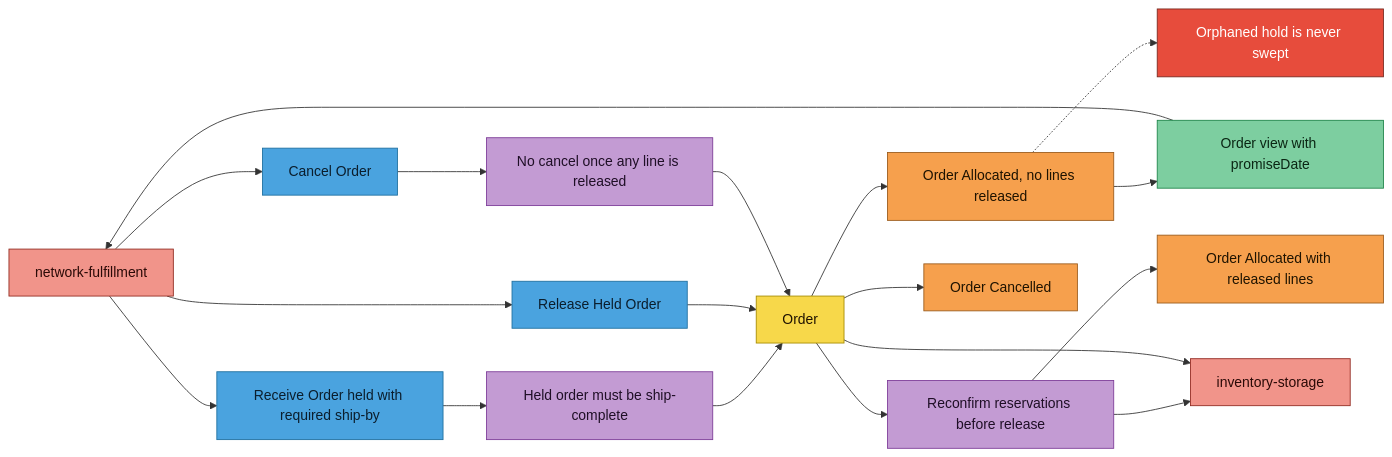
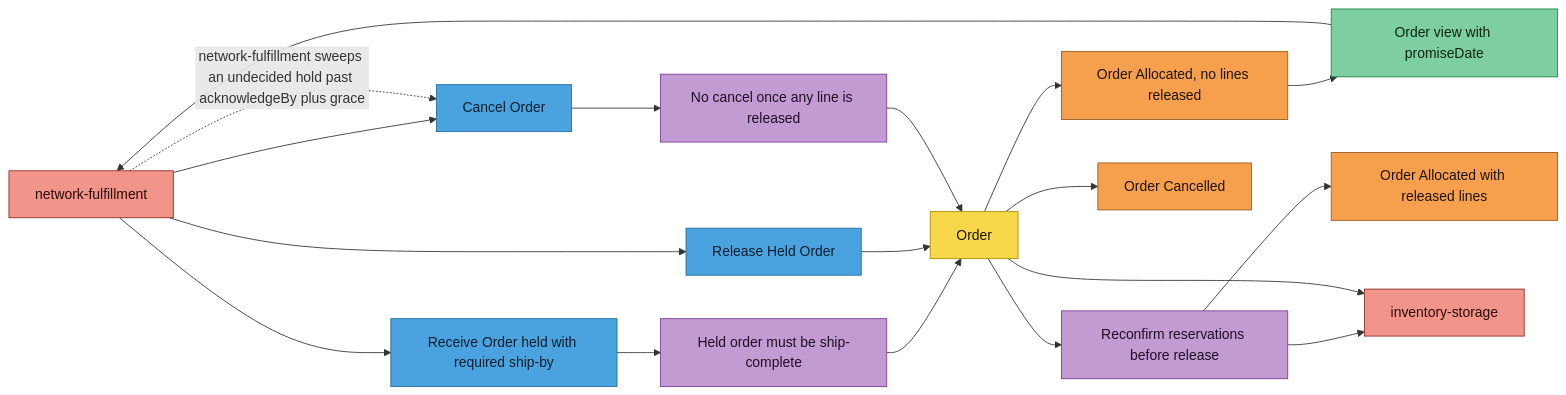
The third of 4 diagrams in docs/docs/ddd/eventstorming.md (IQVO/order-management), drawn with Mermaid before and after one commit. The commit also changed other lines of this file and 9 other files, not shown here.

Commit message:
docs(order-management): name the OrderRepromised and SiteSkuDemandChanged consumers and the orphaned-hold sweep owner

````diff
--- a/docs/docs/ddd/eventstorming.md
+++ b/docs/docs/ddd/eventstorming.md
@@ -125,36 +125,35 @@
 ```mermaid
 flowchart LR
   NF["network-fulfillment"]:::external
   ROH["Receive Order held with required ship-by"]:::command
   O2["Order"]:::aggregate
   P3["Held order must be ship-complete"]:::policy
   E7["Order Allocated, no lines released"]:::event
   RV["Order view with promiseDate"]:::readmodel
   RH["Release Held Order"]:::command
   P4["Reconfirm reservations before release"]:::policy
   E8["Order Allocated with released lines"]:::event
   CO["Cancel Order"]:::command
   P5["No cancel once any line is released"]:::policy
   INV2["inventory-storage"]:::external
   E9["Order Cancelled"]:::event
-  H3["Orphaned hold is never swept"]:::hotspot
 
   NF --> ROH --> P3 --> O2
   O2 --> E7 --> RV --> NF
   NF --> RH --> O2
   O2 --> P4 --> INV2
   P4 --> E8
   NF --> CO --> P5 --> O2
   O2 --> INV2
   O2 --> E9
-  E7 -.-> H3
+  NF -. "network-fulfillment sweeps an undecided hold past acknowledgeBy plus grace" .-> CO
 
   classDef actor fill:#fff59d,stroke:#b59f00,color:#1f1300,font-size:11px;
   classDef command fill:#4aa3df,stroke:#1f6f9f,color:#0b1e2d;
   classDef aggregate fill:#f7d84a,stroke:#a68b00,color:#1f1300;
   classDef event fill:#f6a04d,stroke:#9a5b1c,color:#1f1300;
   classDef policy fill:#c39bd3,stroke:#7d3c98,color:#1f0f26;
   classDef readmodel fill:#7dcea0,stroke:#1e8449,color:#0b2614;
   classDef external fill:#f1948a,stroke:#922b21,color:#2b0a07;
   classDef hotspot fill:#e74c3c,stroke:#78281f,color:#ffffff;
 ```
````
